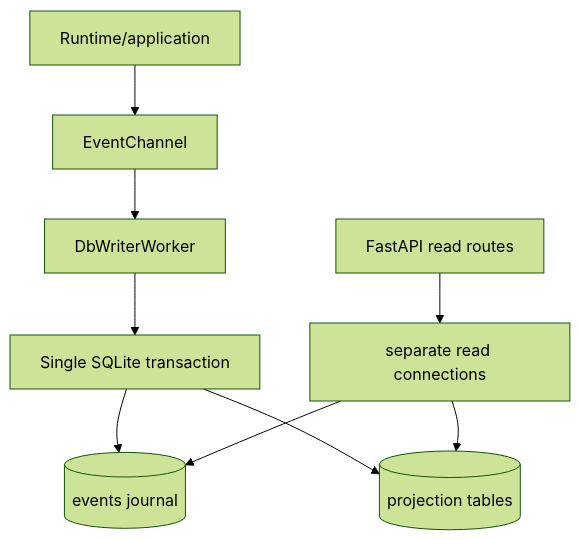
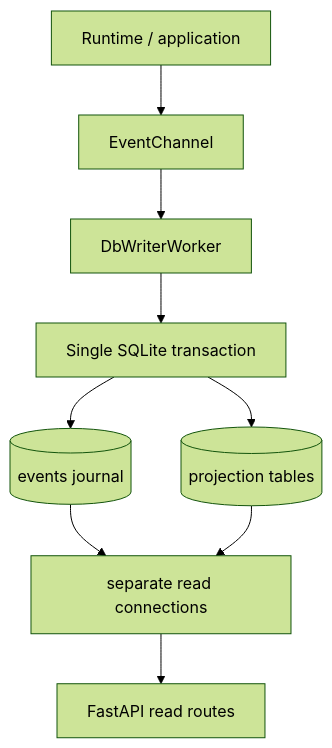
Before and after one commit to PatrykCieszynski/ZML: the third of 8 diagrams in docs/architecture.md, drawn with Mermaid (forest theme). The commit also changed other lines of this file, not shown here.

Commit message:
Clarify vertical architecture data flows

````diff
--- a/docs/architecture.md
+++ b/docs/architecture.md
@@ -136,12 +142,12 @@
 ```mermaid
 flowchart TB
-    Inputs[Runtime/application] --> EventChannel
+    Inputs[Runtime / application] --> EventChannel
     EventChannel --> Writer[DbWriterWorker]
     Writer --> Tx[Single SQLite transaction]
     Tx --> Events[(events journal)]
     Tx --> ReadModels[(projection tables)]
 
-    APIReads[FastAPI read routes] --> ReadConn[separate read connections]
-    ReadConn --> Events
-    ReadConn --> ReadModels
+    Events --> ReadConn[separate read connections]
+    ReadModels --> ReadConn
+    ReadConn --> APIReads[FastAPI read routes]
 ```
````
